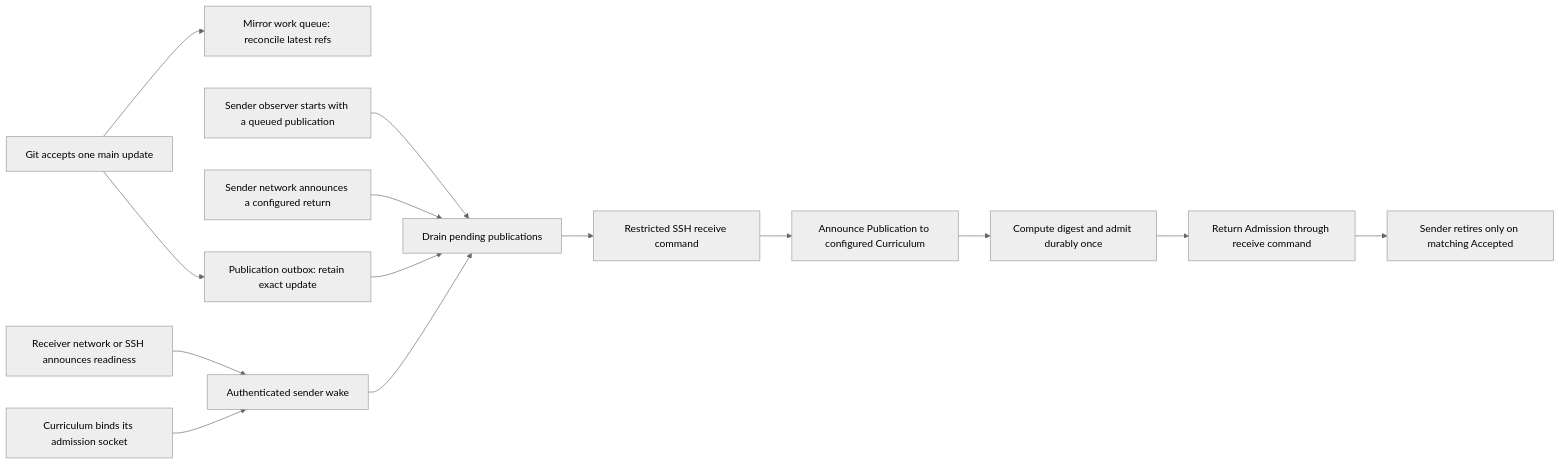
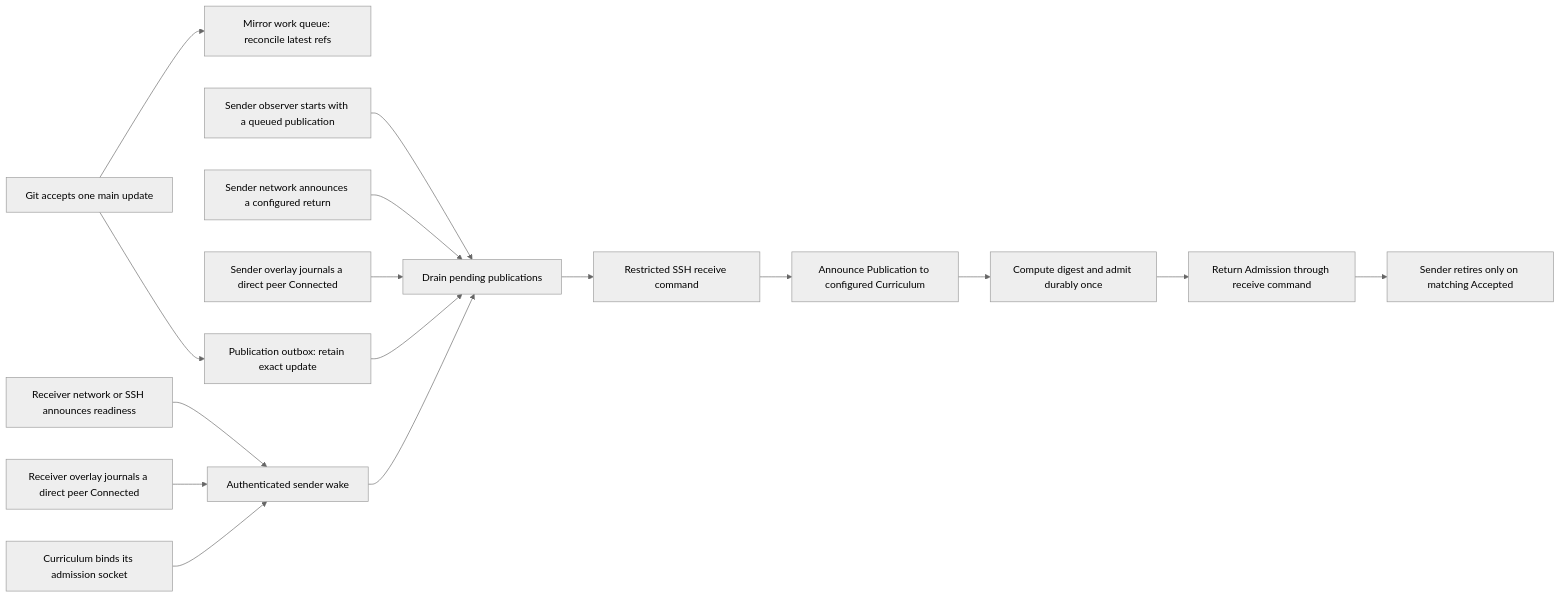
The diagram in checks/git-publication-delivery/design.md (LiGoldragon/CriomOS), drawn with Mermaid (neutral theme) before and after one commit. The commit also changed other lines of this file and 5 other files, not shown here.

Commit message:
Wake both publication roles on a new overlay Connected entry

````diff
--- a/checks/git-publication-delivery/design.md
+++ b/checks/git-publication-delivery/design.md
@@ -21,16 +21,18 @@
 ```mermaid
 flowchart LR
     a["Git accepts one main update"] --> m["Mirror work queue: reconcile latest refs"]
     a --> b["Publication outbox: retain exact update"]
     ss["Sender observer starts with a queued publication"] --> dr["Drain pending publications"]
     sn["Sender network announces a configured return"] --> dr
+    sc["Sender overlay journals a direct peer Connected"] --> dr
     rn["Receiver network or SSH announces readiness"] --> w["Authenticated sender wake"]
+    rc["Receiver overlay journals a direct peer Connected"] --> w
     cr["Curriculum binds its admission socket"] --> w
     b --> dr
     dr --> s["Restricted SSH receive command"]
     w --> dr
     s --> c["Announce Publication to configured Curriculum"]
     c --> i["Compute digest and admit durably once"]
     i --> k["Return Admission through receive command"]
     k --> x["Sender retires only on matching Accepted"]
 ```
````
